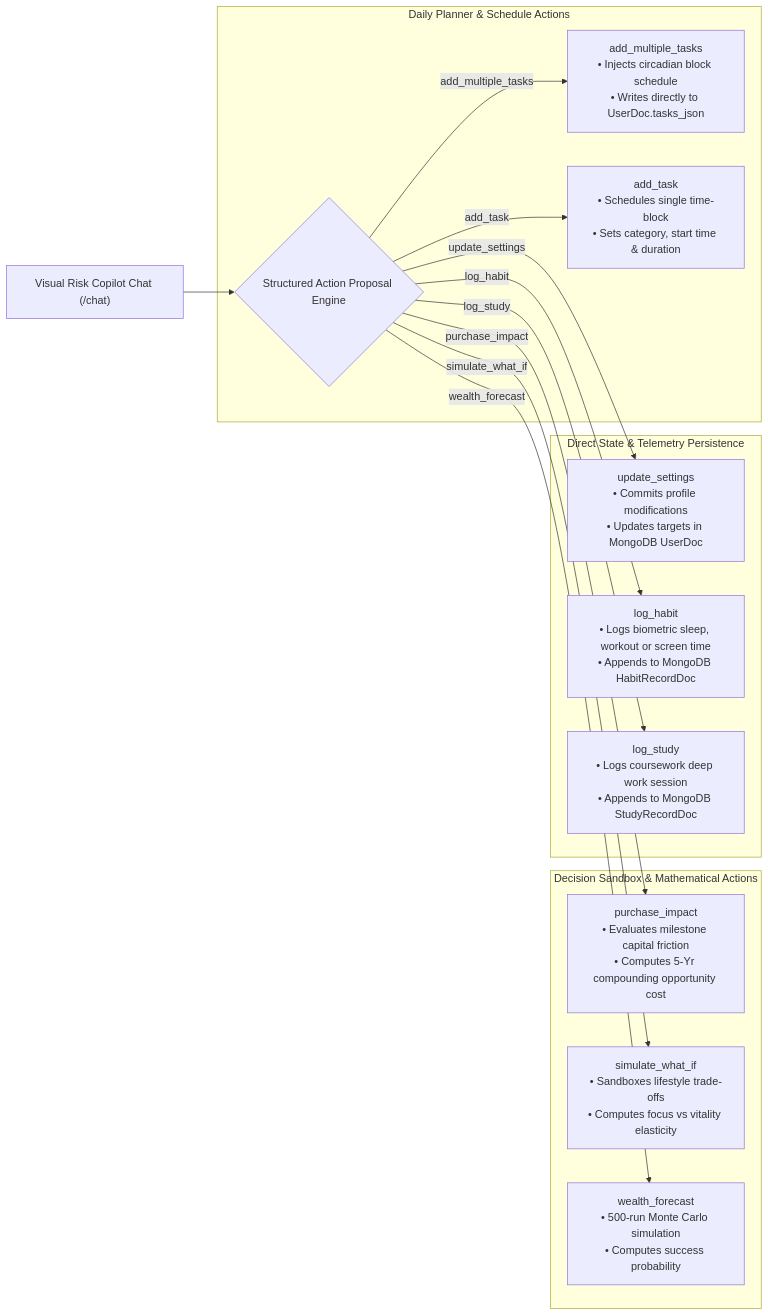
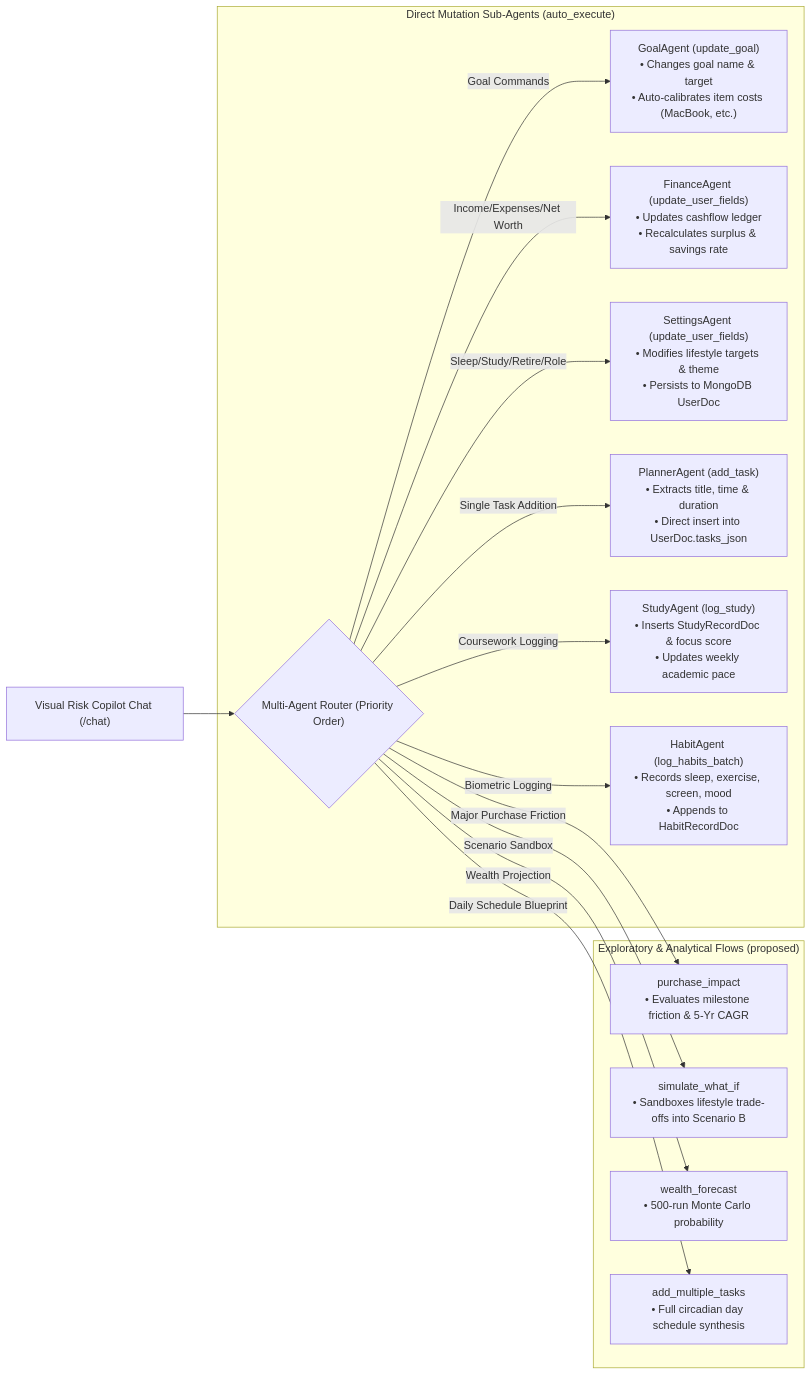
Before and after one commit to notysozu/AI-Based-Visual-Risk-and-Compliance-Intelligence-System: the second of 5 diagrams in docs/core_capabilities.md, drawn with Mermaid. The commit also changed other lines of this file and 5 other files, not shown here.

Commit message:
docs: update system architecture, copilot multi-agent docs, study cockpit, and API references

````diff
--- a/docs/core_capabilities.md
+++ b/docs/core_capabilities.md
@@ -37,21 +39,20 @@
 ```mermaid
 flowchart LR
-  Copilot["Visual Risk Copilot Chat (/chat)"] --> Actions{"Structured Action Proposal Engine"}
+  Copilot["Visual Risk Copilot Chat (/chat)"] --> Router{"Multi-Agent Router (Priority Order)"}
 
-  subgraph PlannerActions["Daily Planner & Schedule Actions"]
-    Actions -->|add_multiple_tasks| A1["add_multiple_tasks<br/>• Injects circadian block schedule<br/>• Writes directly to UserDoc.tasks_json"]
-    Actions -->|add_task| A2["add_task<br/>• Schedules single time-block<br/>• Sets category, start time & duration"]
+  subgraph DirectMutationAgents["Direct Mutation Sub-Agents (auto_execute)"]
+    Router -->|Goal Commands| A_Goal["GoalAgent (update_goal)<br/>• Changes goal name & target<br/>• Auto-calibrates item costs (MacBook, etc.)"]
+    Router -->|Income/Expenses/Net Worth| A_Fin["FinanceAgent (update_user_fields)<br/>• Updates cashflow ledger<br/>• Recalculates surplus & savings rate"]
+    Router -->|Sleep/Study/Retire/Role| A_Set["SettingsAgent (update_user_fields)<br/>• Modifies lifestyle targets & theme<br/>• Persists to MongoDB UserDoc"]
+    Router -->|Single Task Addition| A_Plan["PlannerAgent (add_task)<br/>• Extracts title, time & duration<br/>• Direct insert into UserDoc.tasks_json"]
+    Router -->|Coursework Logging| A_Study["StudyAgent (log_study)<br/>• Inserts StudyRecordDoc & focus score<br/>• Updates weekly academic pace"]
+    Router -->|Biometric Logging| A_Habit["HabitAgent (log_habits_batch)<br/>• Records sleep, exercise, screen, mood<br/>• Appends to HabitRecordDoc"]
   end
 
-  subgraph SimulationActions["Decision Sandbox & Mathematical Actions"]
-    Actions -->|purchase_impact| A3["purchase_impact<br/>• Evaluates milestone capital friction<br/>• Computes 5-Yr compounding opportunity cost"]
-    Actions -->|simulate_what_if| A4["simulate_what_if<br/>• Sandboxes lifestyle trade-offs<br/>• Computes focus vs vitality elasticity"]
-    Actions -->|wealth_forecast| A5["wealth_forecast<br/>• 500-run Monte Carlo simulation<br/>• Computes success probability"]
-  end
-
-  subgraph DatabaseActions["Direct State & Telemetry Persistence"]
-    Actions -->|update_settings| A6["update_settings<br/>• Commits profile modifications<br/>• Updates targets in MongoDB UserDoc"]
-    Actions -->|log_habit| A7["log_habit<br/>• Logs biometric sleep, workout or screen time<br/>• Appends to MongoDB HabitRecordDoc"]
-    Actions -->|log_study| A8["log_study<br/>• Logs coursework deep work session<br/>• Appends to MongoDB StudyRecordDoc"]
+  subgraph AnalyticalFallbacks["Exploratory & Analytical Flows (proposed)"]
+    Router -->|Major Purchase Friction| A_Purch["purchase_impact<br/>• Evaluates milestone friction & 5-Yr CAGR"]
+    Router -->|Scenario Sandbox| A_Sim["simulate_what_if<br/>• Sandboxes lifestyle trade-offs into Scenario B"]
+    Router -->|Wealth Projection| A_Wealth["wealth_forecast<br/>• 500-run Monte Carlo probability"]
+    Router -->|Daily Schedule Blueprint| A_Multi["add_multiple_tasks<br/>• Full circadian day schedule synthesis"]
   end
 ```
````
